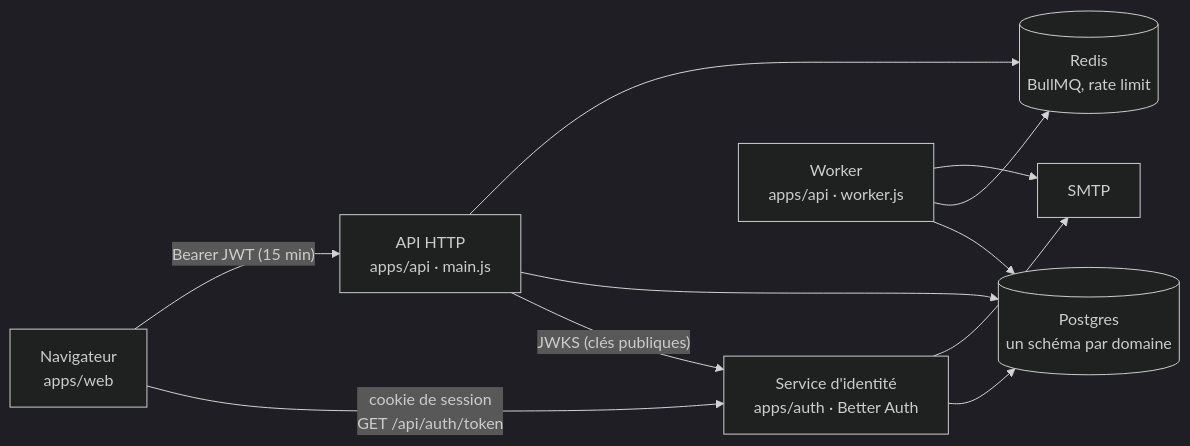
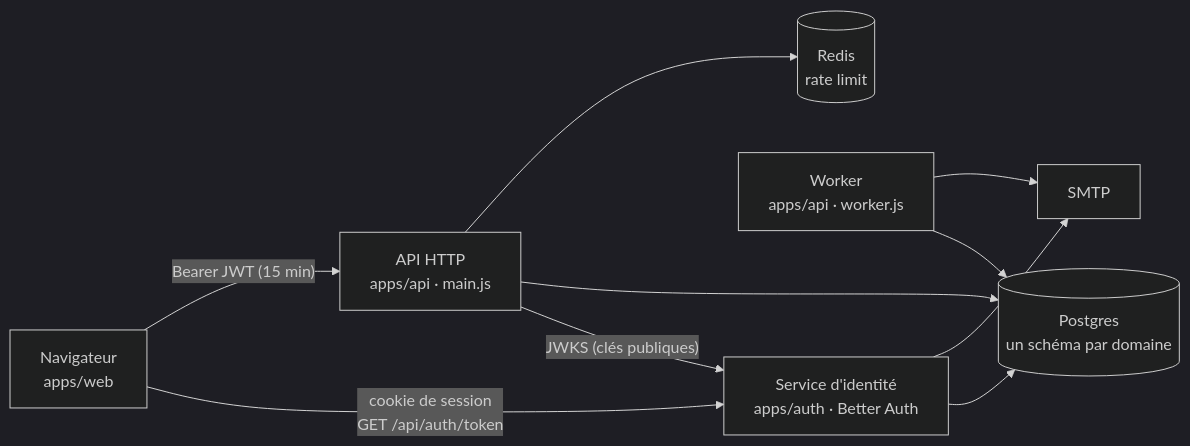
One commit to AlMoustapha01/monorepo-nx-react-nestjs changed the first of 4 diagrams in docs/architecture/vue-d-ensemble.md. Above: the diagram before and after it, drawn with Mermaid (dark theme). The commit also changed other lines of this file and 40 other files, not shown here.

First line of the commit message:
refactor(api-core): move the job queue to Postgres with Graphile Worker

````diff
--- a/docs/architecture/vue-d-ensemble.md
+++ b/docs/architecture/vue-d-ensemble.md
@@ -7,21 +7,20 @@
 ```mermaid
 flowchart LR
   browser[Navigateur<br>apps/web]
   auth[Service d'identité<br>apps/auth · Better Auth]
   api[API HTTP<br>apps/api · main.js]
   worker[Worker<br>apps/api · worker.js]
   pg[(Postgres<br>un schéma par domaine)]
-  redis[(Redis<br>BullMQ, rate limit)]
+  redis[(Redis<br>rate limit)]
   smtp[SMTP]
 
   browser -- "cookie de session<br>GET /api/auth/token" --> auth
   browser -- "Bearer JWT (15 min)" --> api
   api -- "JWKS (clés publiques)" --> auth
   auth --> pg
   api --> pg
   api --> redis
   worker --> pg
-  worker --> redis
   worker --> smtp
   auth --> smtp
 ```
````
